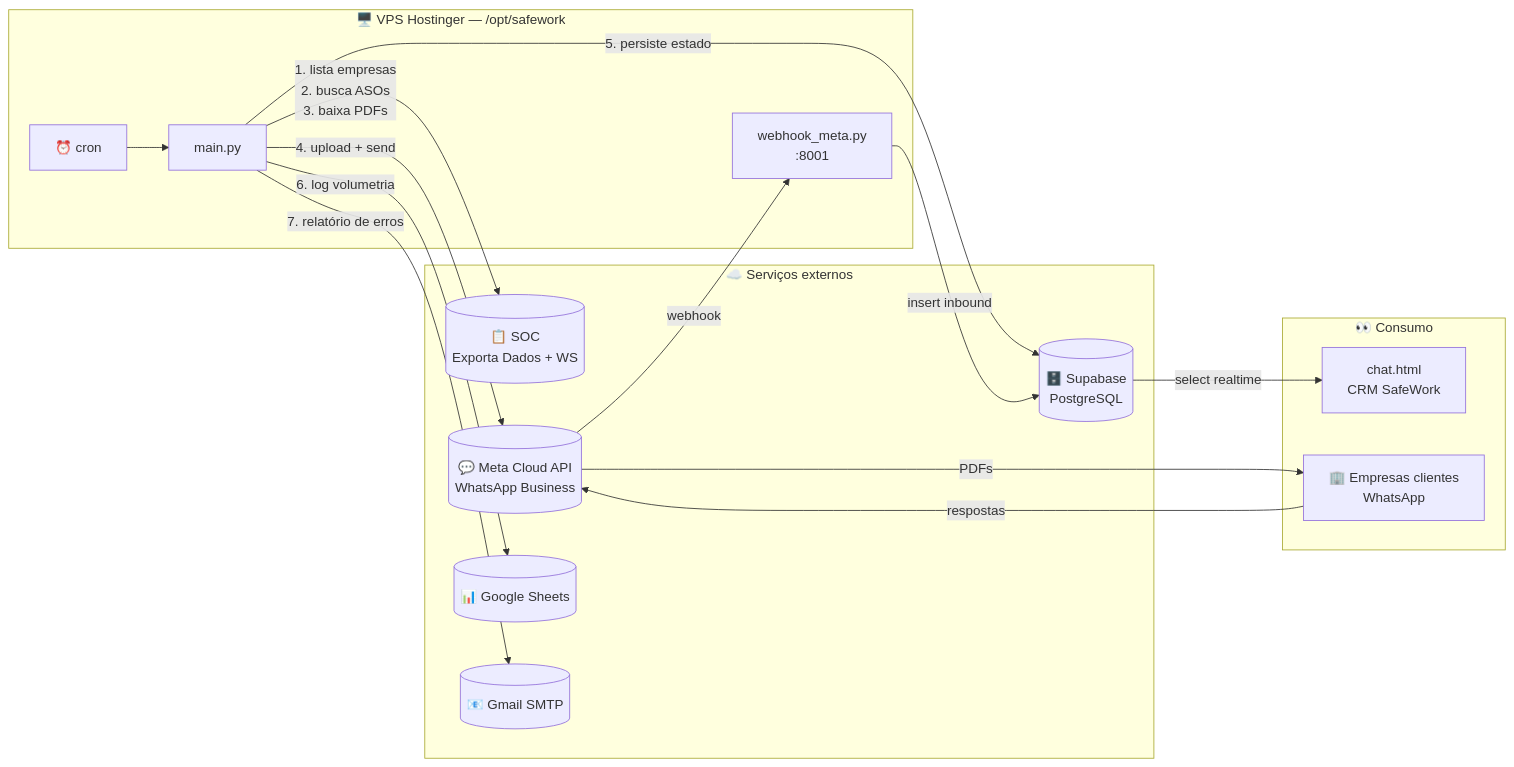
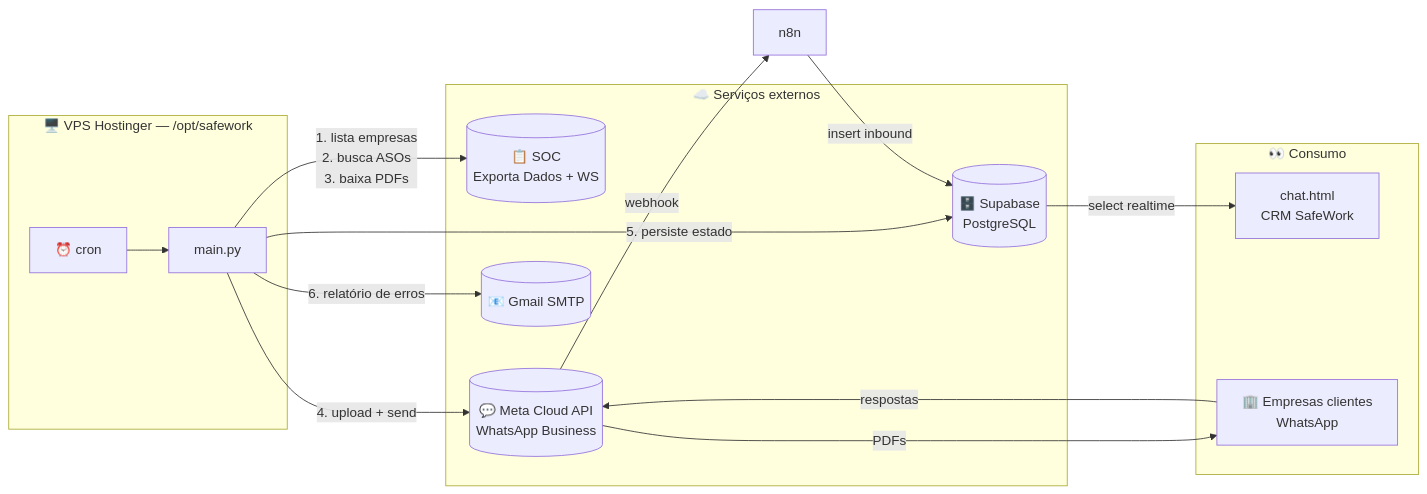
The first of 7 diagrams in ARCHITECTURE.md (safehelp-agentes/Mensageria_ASOs), drawn with Mermaid before and after one commit. The commit also changed other lines of this file and 5 other files, not shown here.

Commit message:
modulo google sheets removido do sistema

````diff
--- a/ARCHITECTURE.md
+++ b/ARCHITECTURE.md
@@ -26,31 +26,28 @@
 ```mermaid
 graph LR
     subgraph SafeWork["🖥️ VPS Hostinger — /opt/safework"]
         Cron[⏰ cron] --> Main[main.py]
-        Webhook[webhook_meta.py<br/>:8001]
     end
 
     subgraph Externos["☁️ Serviços externos"]
         SOC[(📋 SOC<br/>Exporta Dados + WS)]
         Meta[(💬 Meta Cloud API<br/>WhatsApp Business)]
         SB[(🗄️ Supabase<br/>PostgreSQL)]
-        Sheets[(📊 Google Sheets)]
         Gmail[(📧 Gmail SMTP)]
     end
 
     subgraph Consumo["👀 Consumo"]
         CRM[chat.html<br/>CRM SafeWork]
         Empresas[🏢 Empresas clientes<br/>WhatsApp]
     end
 
     Main -->|"1. lista empresas<br/>2. busca ASOs<br/>3. baixa PDFs"| SOC
     Main -->|"4. upload + send"| Meta
     Main -->|"5. persiste estado"| SB
-    Main -->|"6. log volumetria"| Sheets
-    Main -->|"7. relatório de erros"| Gmail
+    Main -->|"6. relatório de erros"| Gmail
     Meta -->|"PDFs"| Empresas
     Empresas -->|"respostas"| Meta
-    Meta -->|"webhook"| Webhook
-    Webhook -->|"insert inbound"| SB
+    Meta -->|"webhook"| N8N[n8n]
+    N8N -->|"insert inbound"| SB
     SB -->|"select realtime"| CRM
 ```
````
